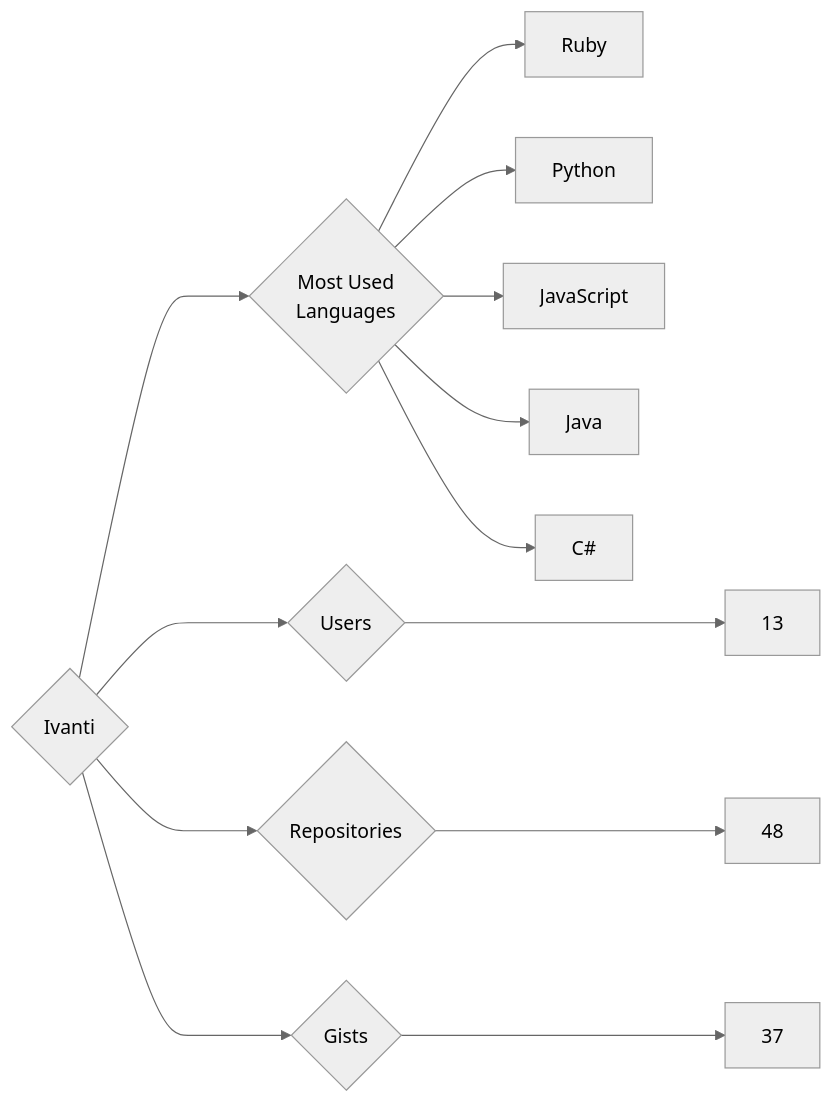
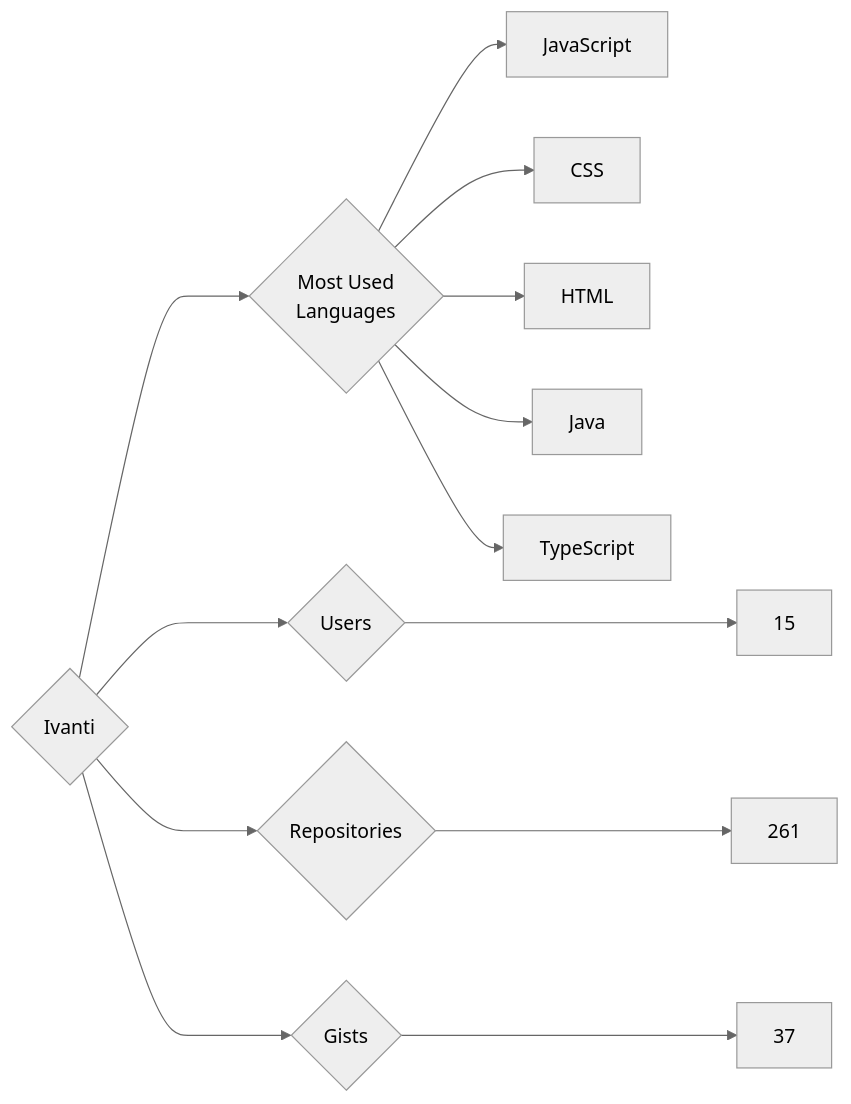
One commit to trickest/insiders changed the diagram in targets/Ivanti/README.md. Above: the diagram before and after it, drawn with Mermaid (neutral theme). The commit also changed 745 other files, not shown here.

````diff
--- a/targets/Ivanti/README.md
+++ b/targets/Ivanti/README.md
@@ -3,13 +3,13 @@
 ```mermaid
 graph LR
 COMPANY_NAME{Ivanti}
-COMPANY_NAME ---> U{Users} ---> UN[13]
-COMPANY_NAME ---> R{Repositories} ---> RN[48]
+COMPANY_NAME ---> U{Users} ---> UN[15]
+COMPANY_NAME ---> R{Repositories} ---> RN[261]
 COMPANY_NAME ---> G{Gists} ---> GN[37]
 COMPANY_NAME ---> ML{Most Used<br>Languages}
-ML --> Ruby[Ruby]
-ML --> Python[Python]
 ML --> JavaScript[JavaScript]
+ML --> CSS[CSS]
+ML --> HTML[HTML]
 ML --> Java[Java]
-ML --> C#[C#]
+ML --> TypeScript[TypeScript]
 ```
````
